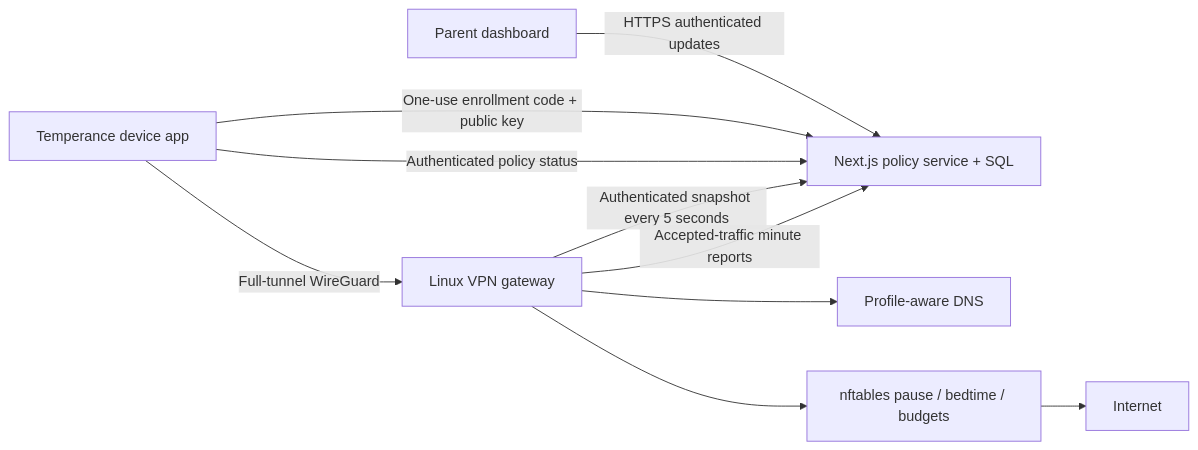
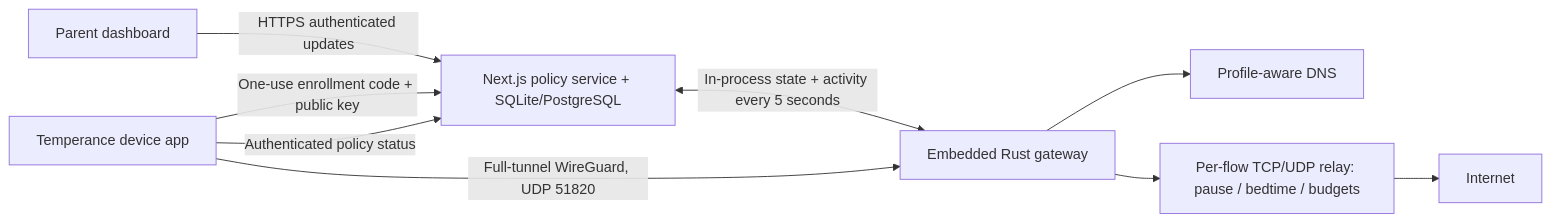
The diagram in docs/architecture.md (MisterTea/temperance), drawn with Mermaid before and after one commit. The commit also changed other lines of this file and 147 other files, not shown here.

First line of the commit message:
Embed the Rust gateway in the Next.js home server

````diff
--- a/docs/architecture.md
+++ b/docs/architecture.md
@@ -3,12 +3,11 @@
 ```mermaid
 flowchart LR
-  Parent[Parent dashboard] -->|HTTPS authenticated updates| Control[Next.js policy service + SQL]
+  Parent[Parent dashboard] -->|HTTPS authenticated updates| Control[Next.js policy service + SQLite/PostgreSQL]
   App[Temperance device app] -->|One-use enrollment code + public key| Control
   App -->|Authenticated policy status| Control
-  App -->|Full-tunnel WireGuard| Gateway[Linux VPN gateway]
-  Gateway -->|Authenticated snapshot every 5 seconds| Control
-  Gateway -->|Accepted-traffic minute reports| Control
+  App -->|Full-tunnel WireGuard, UDP 51820| Gateway[Embedded Rust gateway]
+  Control <-->|In-process state + activity every 5 seconds| Gateway
   Gateway --> DNS[Profile-aware DNS]
-  Gateway --> Firewall[nftables pause / bedtime / budgets]
-  Firewall --> Internet
+  Gateway --> Flows[Per-flow TCP/UDP relay: pause / bedtime / budgets]
+  Flows --> Internet
 ```
````
